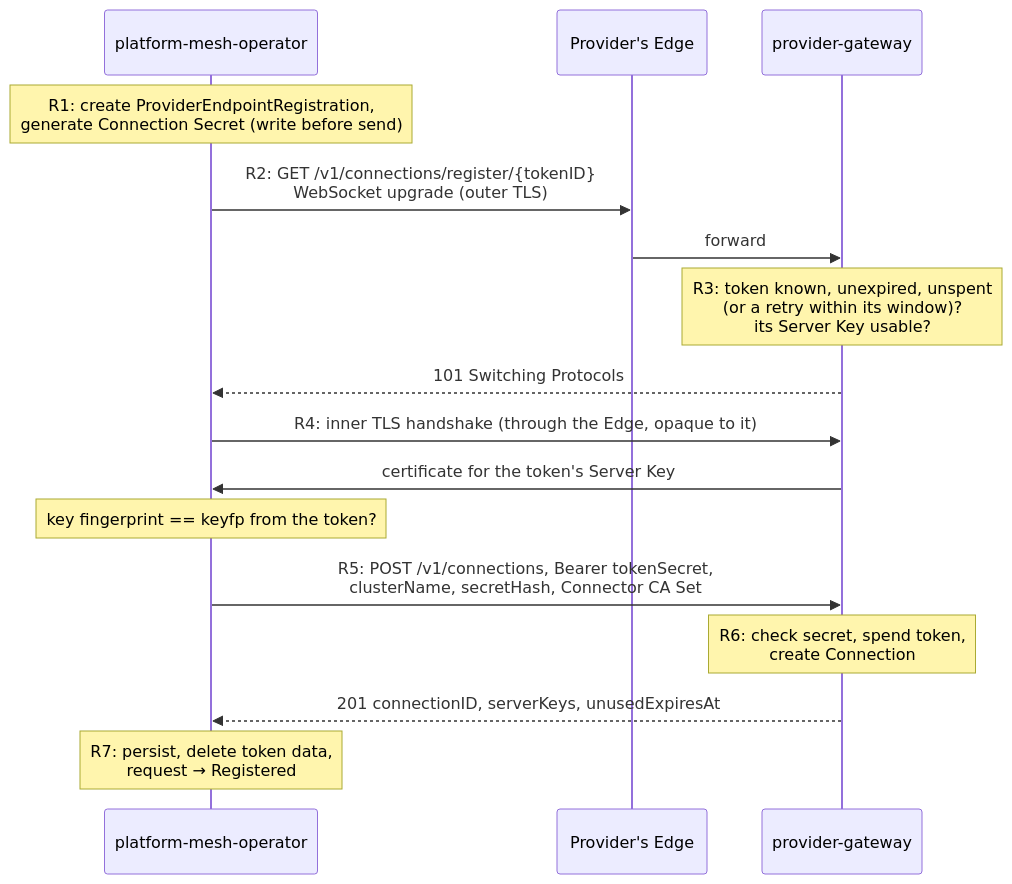
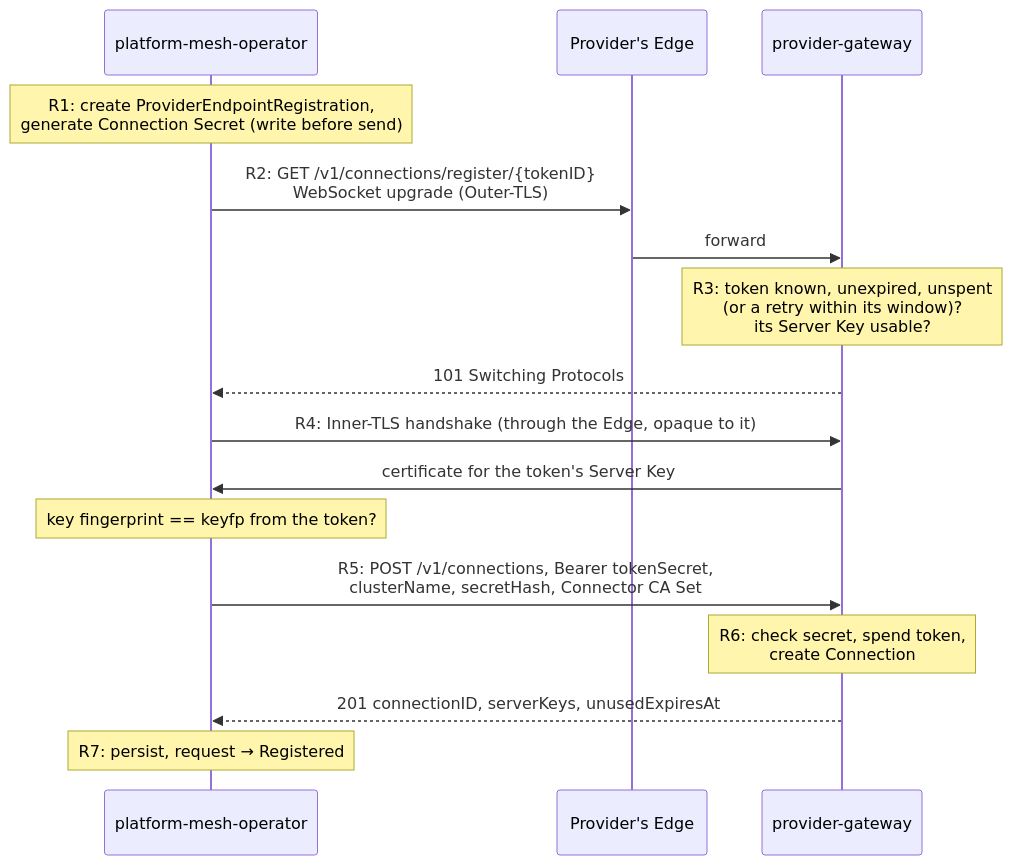
One commit to gman0/pm-architecture changed the first of 2 diagrams in rfc/011-remote-provider-flow.md. Above: the diagram before and after it, drawn with Mermaid. The commit also changed other lines of this file, not shown here.

````diff
--- a/rfc/011-remote-provider-flow.md
+++ b/rfc/011-remote-provider-flow.md
@@ -334,18 +336,18 @@
 ```mermaid
 sequenceDiagram
     participant O as platform-mesh-operator
     participant E as Provider's Edge
     participant G as provider-gateway
     Note over O: R1: create ProviderEndpointRegistration,<br/>generate Connection Secret (write before send)
-    O->>E: R2: GET /v1/connections/register/{tokenID}<br/>WebSocket upgrade (outer TLS)
+    O->>E: R2: GET /v1/connections/register/{tokenID}<br/>WebSocket upgrade (Outer-TLS)
     E->>G: forward
     Note over G: R3: token known, unexpired, unspent<br/>(or a retry within its window)?<br/>its Server Key usable?
     G-->>O: 101 Switching Protocols
-    O->>G: R4: inner TLS handshake (through the Edge, opaque to it)
+    O->>G: R4: Inner-TLS handshake (through the Edge, opaque to it)
     G->>O: certificate for the token's Server Key
     Note over O: key fingerprint == keyfp from the token?
     O->>G: R5: POST /v1/connections, Bearer tokenSecret,<br/>clusterName, secretHash, Connector CA Set
     Note over G: R6: check secret, spend token,<br/>create Connection
     G-->>O: 201 connectionID, serverKeys, unusedExpiresAt
-    Note over O: R7: persist, delete token data,<br/>request → Registered
+    Note over O: R7: persist, request → Registered
 ```
````
